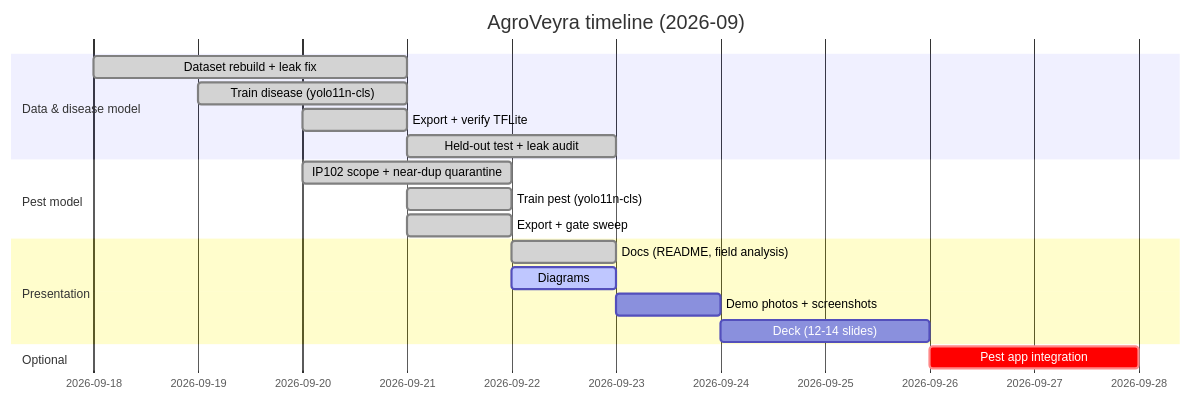
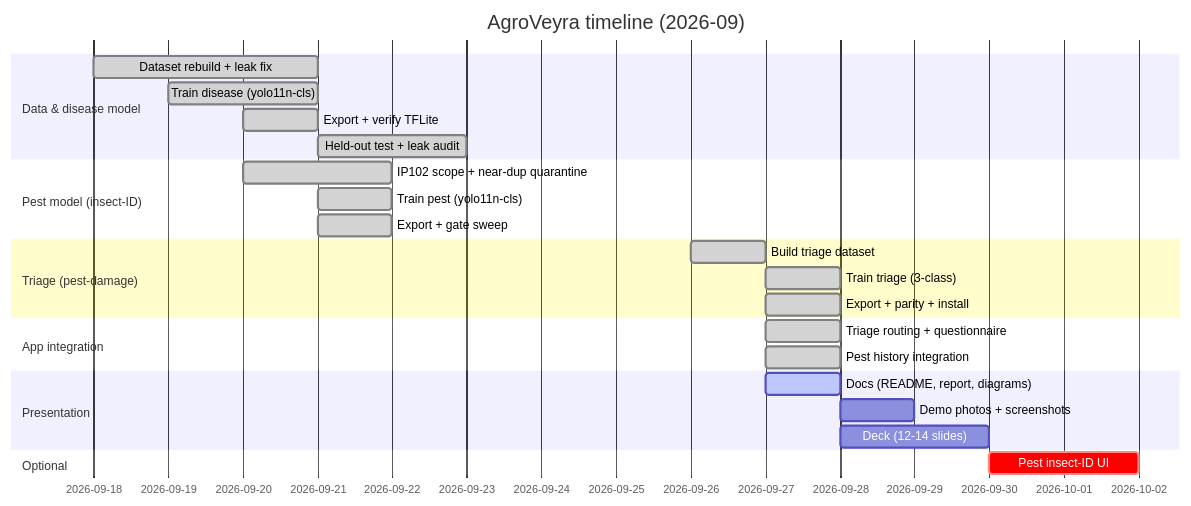
The seventh of 7 diagrams in docs/diagrams.md (FL4SH58K/AgroVeyra), drawn with Mermaid before and after one commit. The commit also changed other lines of this file, not shown here.

Commit message:
Update system diagrams for the three-model triage architecture

````diff
--- a/docs/diagrams.md
+++ b/docs/diagrams.md
@@ -157,21 +175,27 @@
 ```mermaid
 gantt
     title AgroVeyra timeline (2026-09)
     dateFormat YYYY-MM-DD
     section Data & disease model
     Dataset rebuild + leak fix        :done, d1, 2026-09-18, 3d
     Train disease (yolo11n-cls)       :done, d2, 2026-09-19, 2d
     Export + verify TFLite            :done, d3, 2026-09-20, 1d
     Held-out test + leak audit        :done, d4, 2026-09-21, 2d
-    section Pest model
+    section Pest model (insect-ID)
     IP102 scope + near-dup quarantine :done, p1, 2026-09-20, 2d
     Train pest (yolo11n-cls)          :done, p2, 2026-09-21, 1d
     Export + gate sweep               :done, p3, 2026-09-21, 1d
+    section Triage (pest-damage)
+    Build triage dataset              :done, t1, 2026-09-26, 1d
+    Train triage (3-class)            :done, t2, 2026-09-27, 1d
+    Export + parity + install         :done, t3, 2026-09-27, 1d
+    section App integration
+    Triage routing + questionnaire    :done, a1, 2026-09-27, 1d
+    Pest history integration          :done, a2, 2026-09-27, 1d
     section Presentation
-    Docs (README, field analysis)     :done, f1, 2026-09-22, 1d
-    Diagrams                          :active, f2, 2026-09-22, 1d
-    Demo photos + screenshots         :f3, 2026-09-23, 1d
-    Deck (12-14 slides)               :f4, 2026-09-24, 2d
+    Docs (README, report, diagrams)   :active, f1, 2026-09-27, 1d
+    Demo photos + screenshots         :f3, 2026-09-28, 1d
+    Deck (12-14 slides)               :f4, 2026-09-28, 2d
     section Optional
-    Pest app integration              :crit, p4, after f4, 2d
+    Pest insect-ID UI                 :crit, p4, after f4, 2d
 ```
````
